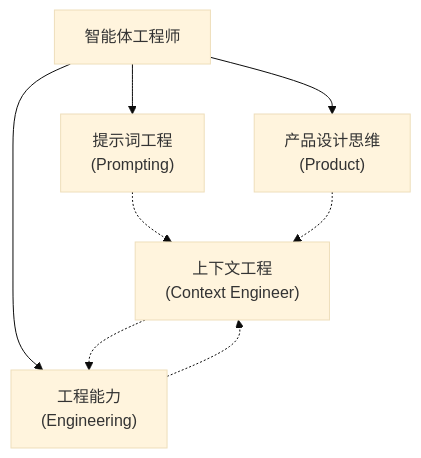
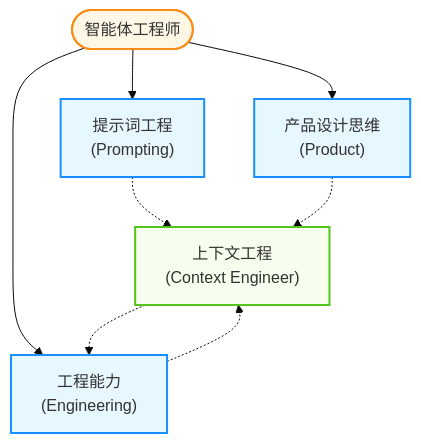
Before and after one commit to yeasy/agentic_ai_guide: the fourth of 4 diagrams in 03_memory/3.6_context_engineering.md, drawn with Mermaid (base theme). The commit also changed other lines of this file and 36 other files, not shown here.

````diff
--- a/03_memory/3.6_context_engineering.md
+++ b/03_memory/3.6_context_engineering.md
@@ -566,19 +590,28 @@
 ```mermaid
 graph TD
-    AgentEng["智能体工程师"]
+    %% Agentic Design System
+    classDef agent fill:#e6f7ff,stroke:#1890ff,stroke-width:2px;
+    classDef tool fill:#f6ffed,stroke:#52c41a,stroke-width:2px;
+    classDef user fill:#fff7e6,stroke:#fa8c16,stroke-width:2px;
+
+    AgentEng(["智能体工程师"])
     
     Prompt["提示词工程<br/>(Prompting)"]
     Eng["工程能力<br/>(Engineering)"]
     Prod["产品设计思维<br/>(Product)"]
     
     Context["上下文工程<br/>(Context Engineer)"]
     
     AgentEng --> Prompt
     AgentEng --> Eng
     AgentEng --> Prod
     
     Prompt -.-> Context
     Eng -.-> Context
     Prod -.-> Context
     Context -.-> Eng
+    
+    class AgentEng user;
+    class Prompt,Eng,Prod agent;
+    class Context tool;
 ```
````
